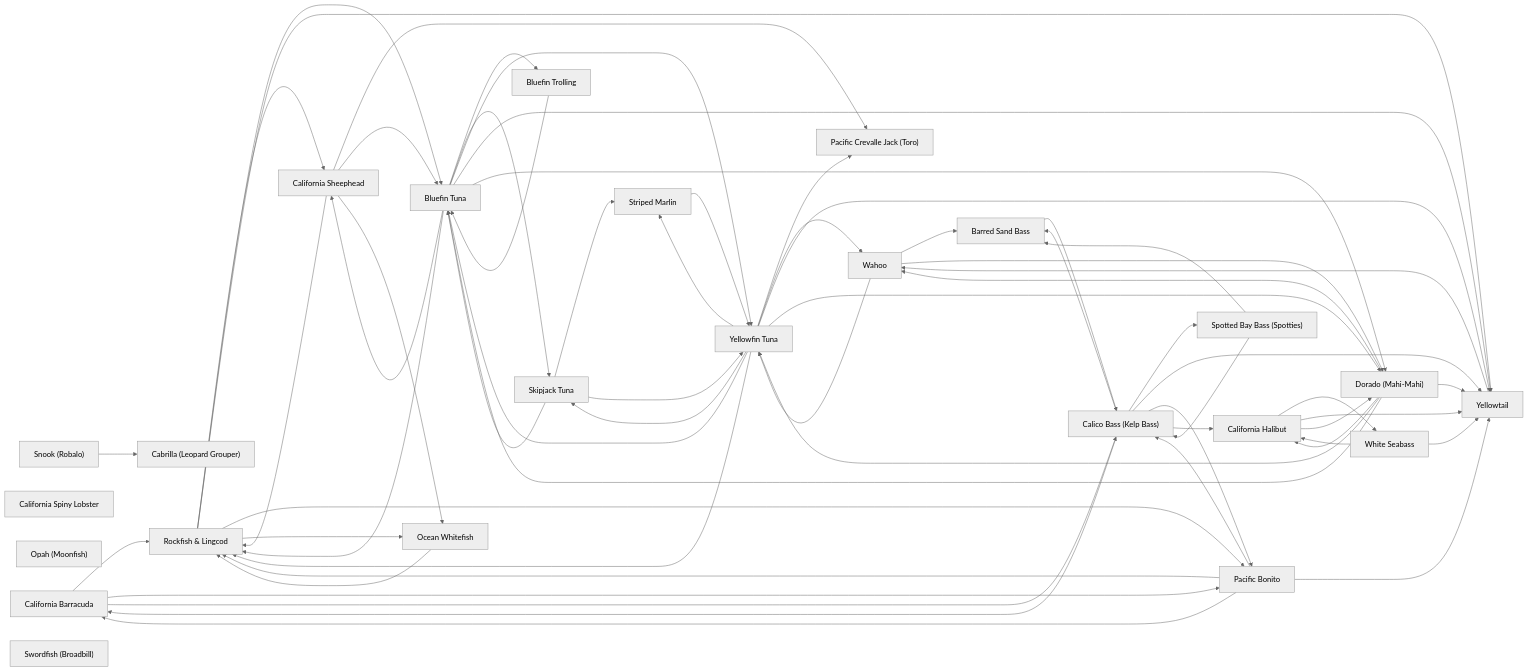
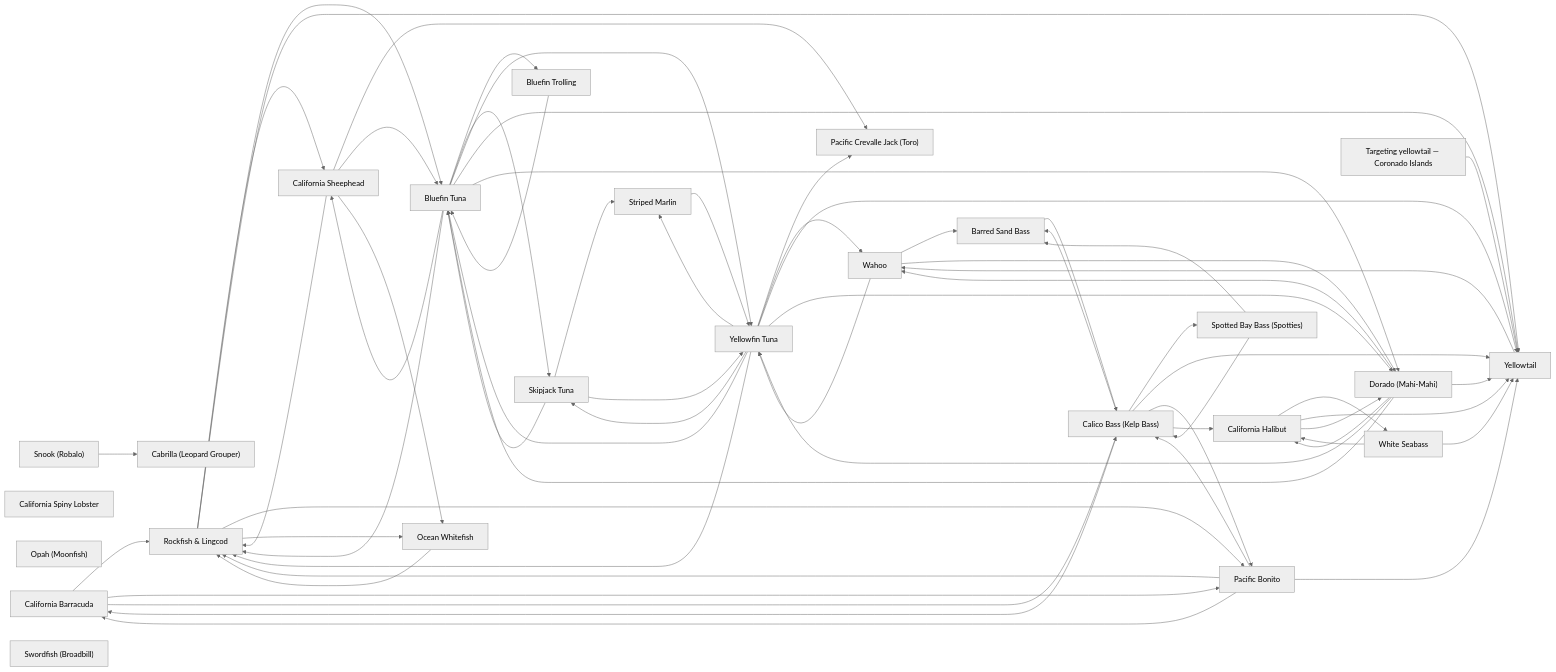
The diagram in species/README.md (camchuckpete-max/Socal-Fishing-Knowledge), drawn with Mermaid (neutral theme) before and after one commit. The commit also changed other lines of this file and 20 other files, not shown here.

Commit message:
review: species/yellowtail-coronado-islands.md — zone-guide exemplar

````diff
--- a/species/README.md
+++ b/species/README.md
@@ -62,14 +63,15 @@
   n20["Wahoo"]
   n21["White Seabass"]
   n22["Yellowfin Tuna"]
-  n23["Yellowtail"]
+  n23["Targeting yellowtail — Coronado Islands"]
+  n24["Yellowtail"]
   n0 --> n12
   n0 --> n3
   n0 --> n5
   n1 --> n2
   n12 --> n14
   n12 --> n2
-  n12 --> n23
+  n12 --> n24
   n12 --> n3
   n12 --> n9
   n13 --> n5
@@ -89,12 +91,12 @@
   n2 --> n14
   n2 --> n15
   n2 --> n22
-  n2 --> n23
+  n2 --> n24
   n2 --> n8
   n20 --> n13
   n20 --> n22
   n20 --> n8
-  n21 --> n23
+  n21 --> n24
   n21 --> n6
   n22 --> n11
   n22 --> n12
@@ -102,26 +104,27 @@
   n22 --> n18
   n22 --> n2
   n22 --> n20
-  n22 --> n23
+  n22 --> n24
   n22 --> n8
-  n23 --> n20
+  n23 --> n24
+  n24 --> n20
   n3 --> n0
   n3 --> n12
-  n3 --> n23
+  n3 --> n24
   n3 --> n5
   n5 --> n0
   n5 --> n13
   n5 --> n17
-  n5 --> n23
+  n5 --> n24
   n5 --> n3
   n5 --> n6
   n6 --> n21
-  n6 --> n23
+  n6 --> n24
   n6 --> n8
   n8 --> n2
   n8 --> n20
   n8 --> n22
-  n8 --> n23
+  n8 --> n24
   n8 --> n6
   n9 --> n12
 ```
````
